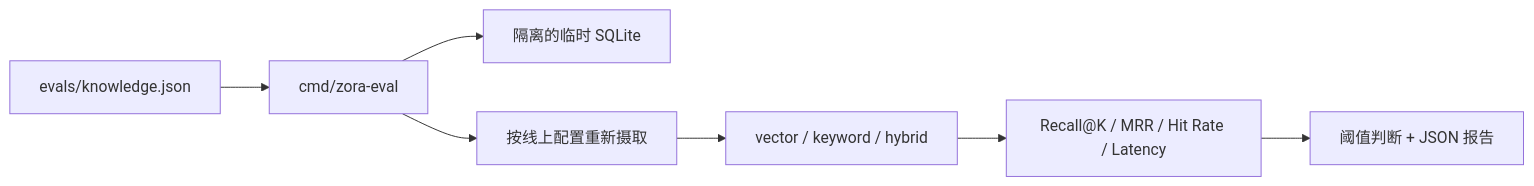
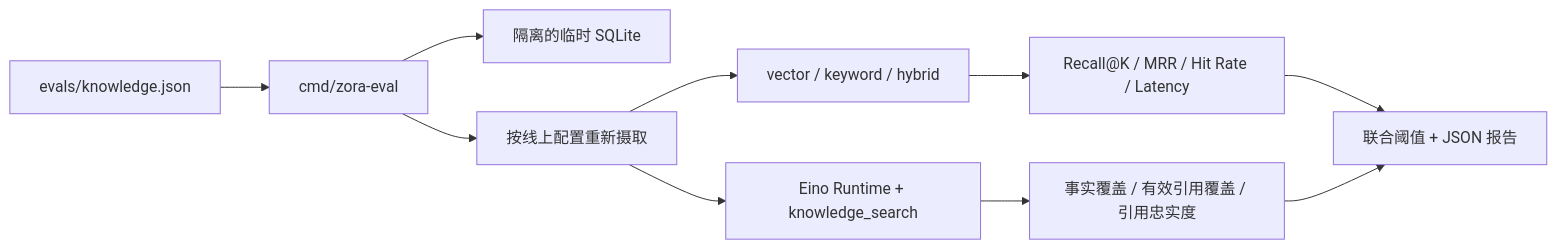
One commit to zora-DD/zora changed the fifth of 6 diagrams in docs/technical-design.md. Above: the diagram before and after it, drawn with Mermaid. The commit also changed other lines of this file and 9 other files, not shown here.

````diff
--- a/docs/technical-design.md
+++ b/docs/technical-design.md
@@ -375,9 +375,12 @@
 ```mermaid
 flowchart LR
     Dataset["evals/knowledge.json"] --> CLI["cmd/zora-eval"]
     CLI --> TempDB["隔离的临时 SQLite"]
     CLI --> Ingest["按线上配置重新摄取"]
     Ingest --> Modes["vector / keyword / hybrid"]
-    Modes --> Metrics["Recall@K / MRR / Hit Rate / Latency"]
-    Metrics --> Gate["阈值判断 + JSON 报告"]
+    Modes --> RetrievalMetrics["Recall@K / MRR / Hit Rate / Latency"]
+    Ingest --> Runtime["Eino Runtime + knowledge_search"]
+    Runtime --> AnswerMetrics["事实覆盖 / 有效引用覆盖 / 引用忠实度"]
+    RetrievalMetrics --> Gate["联合阈值 + JSON 报告"]
+    AnswerMetrics --> Gate
 ```
````
